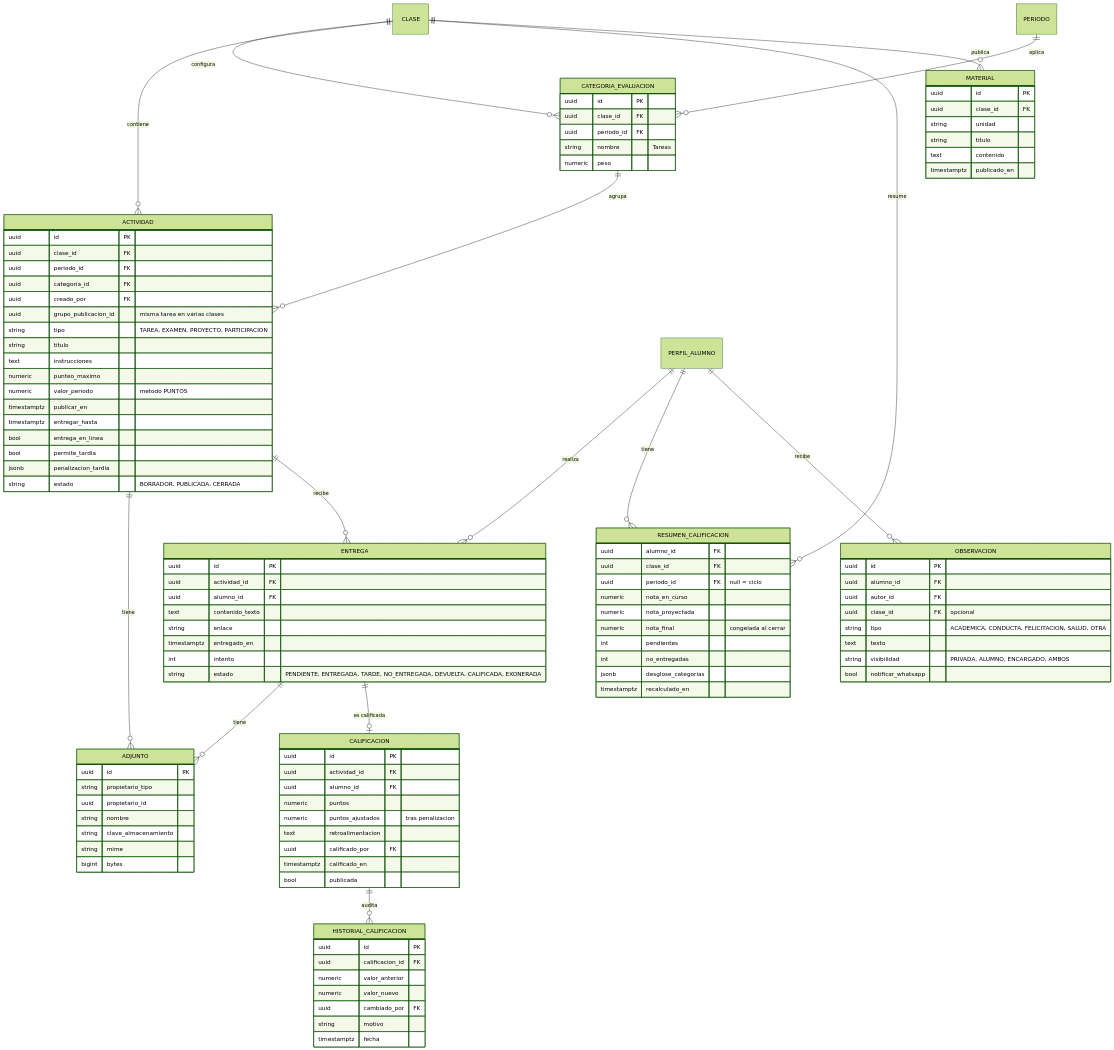
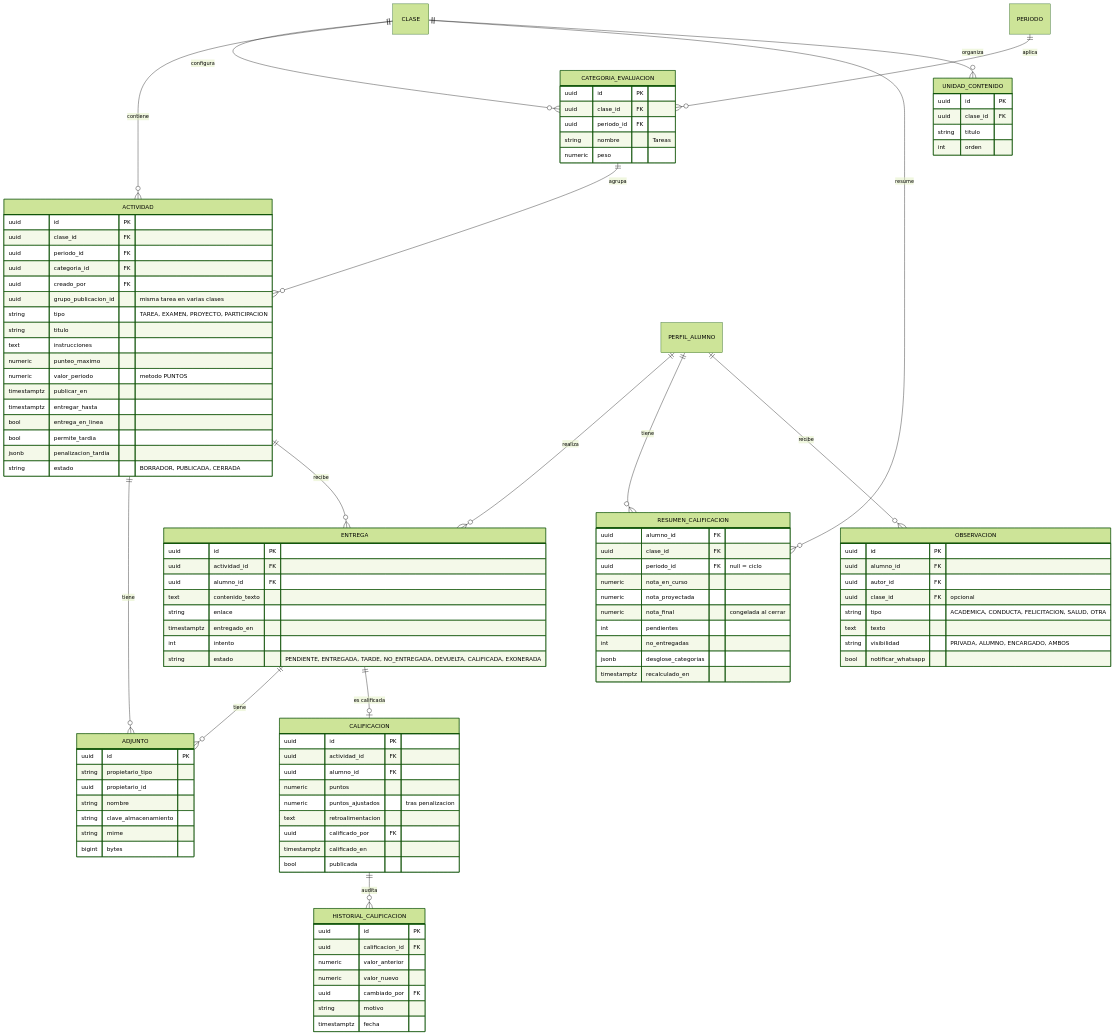
Before and after one commit to PabloReyes1/RexaEdu: the third of 4 diagrams in docs/06-modelo-de-datos.md, drawn with Mermaid (forest theme). The commit also changed other lines of this file and 29 other files, not shown here.

First line of the commit message:
feat: módulo de contenido de clase y contenido general

```diff
--- a/docs/06-modelo-de-datos.md
+++ b/docs/06-modelo-de-datos.md
@@ -216,7 +216,7 @@
     CALIFICACION ||--o{ HISTORIAL_CALIFICACION : audita
     PERFIL_ALUMNO ||--o{ RESUMEN_CALIFICACION : tiene
     CLASE ||--o{ RESUMEN_CALIFICACION : resume
-    CLASE ||--o{ MATERIAL : publica
+    CLASE ||--o{ UNIDAD_CONTENIDO : organiza
     PERFIL_ALUMNO ||--o{ OBSERVACION : recibe
 
     CATEGORIA_EVALUACION {
@@ -287,13 +287,11 @@
         jsonb desglose_categorias
         timestamptz recalculado_en
     }
-    MATERIAL {
+    UNIDAD_CONTENIDO {
         uuid id PK
         uuid clase_id FK
-        string unidad
         string titulo
-        text contenido
-        timestamptz publicado_en
+        int orden
     }
     ADJUNTO {
         uuid id PK
```
